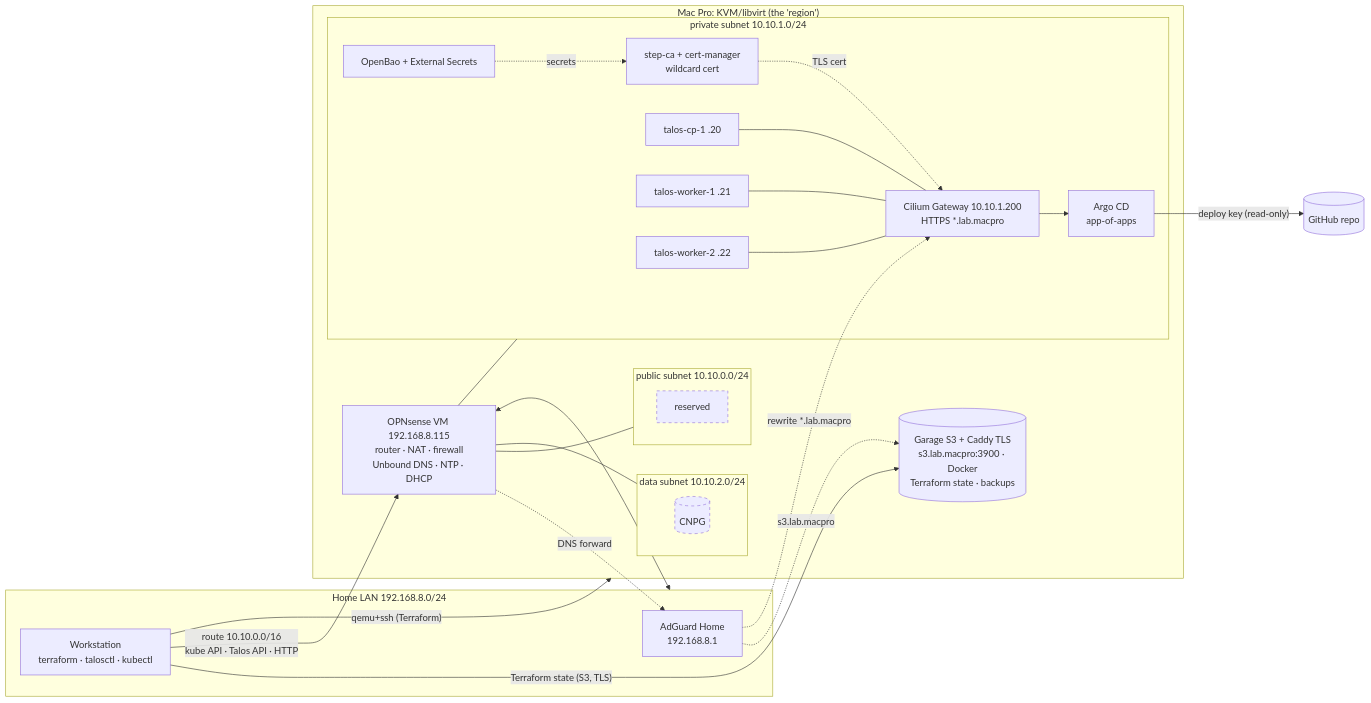
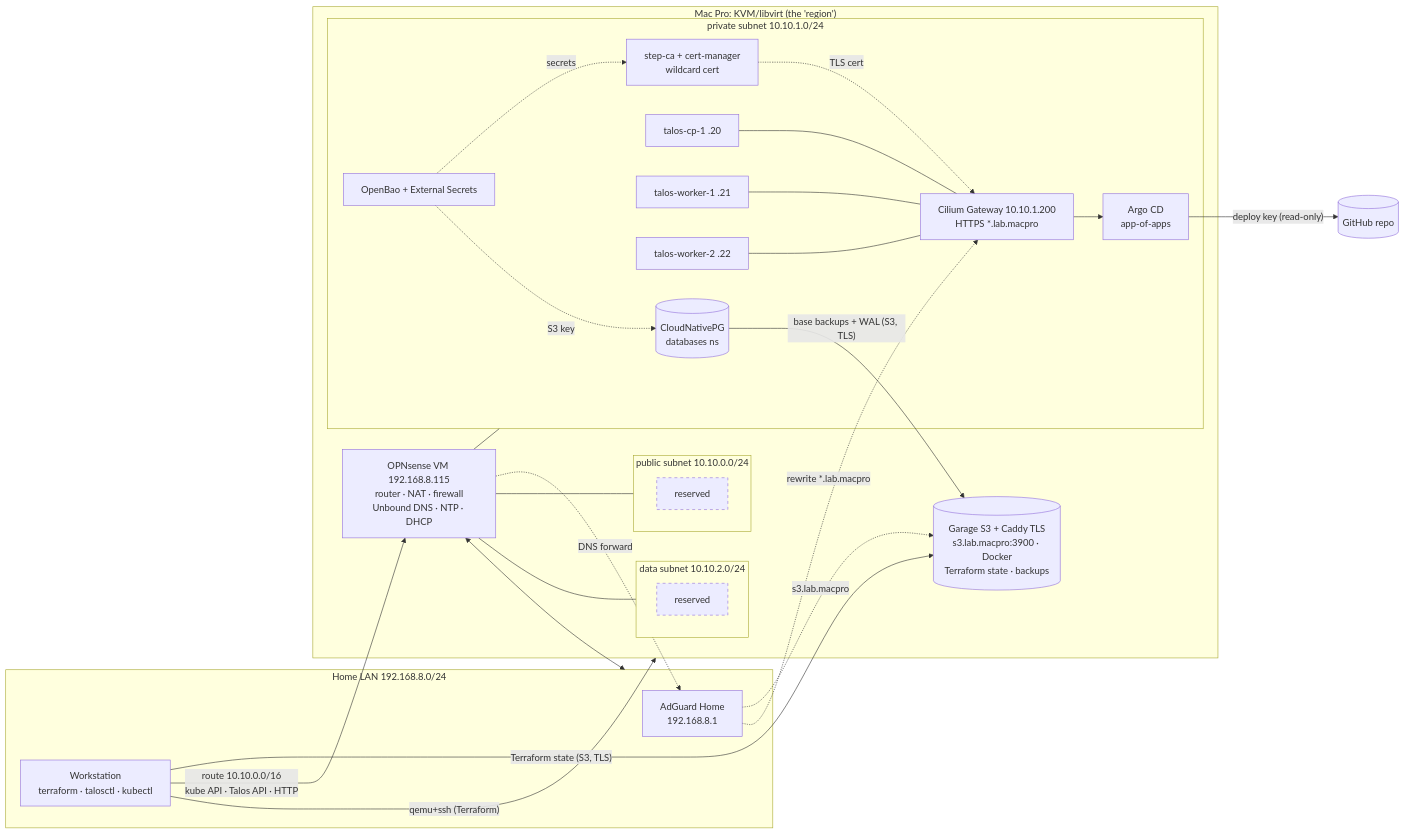
The diagram in README.md (nok500/homelab-cloud), drawn with Mermaid before and after one commit. The commit also changed other lines of this file and 26 other files, not shown here.

First line of the commit message:
feat(databases): CloudNativePG with Barman Cloud backups to Garage; VPC resolves lab.macpro

````diff
--- a/README.md
+++ b/README.md
@@ -21,42 +22,45 @@
 ```mermaid
 flowchart LR
   subgraph LAN["Home LAN 192.168.8.0/24"]
     ws[Workstation<br/>terraform · talosctl · kubectl]
     dns[AdGuard Home<br/>192.168.8.1]
   end
   subgraph host["Mac Pro: KVM/libvirt (the 'region')"]
     opn[OPNsense VM 192.168.8.115<br/>router · NAT · firewall<br/>Unbound DNS · NTP · DHCP]
     garage[(Garage S3 + Caddy TLS<br/>s3.lab.macpro:3900 · Docker<br/>Terraform state · backups)]
     subgraph pub["public subnet 10.10.0.0/24"]
       pubnote[reserved]
     end
     subgraph priv["private subnet 10.10.1.0/24"]
       gw[Cilium Gateway 10.10.1.200<br/>HTTPS *.lab.macpro]
       pki[step-ca + cert-manager<br/>wildcard cert]
       bao[OpenBao + External Secrets]
       cp[talos-cp-1 .20]
       w1[talos-worker-1 .21]
       w2[talos-worker-2 .22]
       argo[Argo CD<br/>app-of-apps]
+      db[(CloudNativePG<br/>databases ns)]
     end
     subgraph data["data subnet 10.10.2.0/24"]
-      db[(CNPG)]
+      datanote[reserved]
     end
   end
   gh[(GitHub repo)]
   ws -- "qemu+ssh (Terraform)" --> host
   ws -- "Terraform state (S3, TLS)" --> garage
   dns -. "s3.lab.macpro" .-> garage
   ws -- "route 10.10.0.0/16<br/>kube API · Talos API · HTTP" --> opn
   LAN <--> opn
   opn --- pub & priv & data
   opn -. "DNS forward" .-> dns
   gw --> argo
   pki -. "TLS cert" .-> gw
   bao -. "secrets" .-> pki
   cp & w1 & w2 --- gw
   argo -- "deploy key (read-only)" --> gh
   dns -. "rewrite *.lab.macpro" .-> gw
   style pubnote stroke-dasharray: 5 5
-  style db stroke-dasharray: 5 5
+  style datanote stroke-dasharray: 5 5
+  db -- "base backups + WAL (S3, TLS)" --> garage
+  bao -. "S3 key" .-> db
 ```
````
